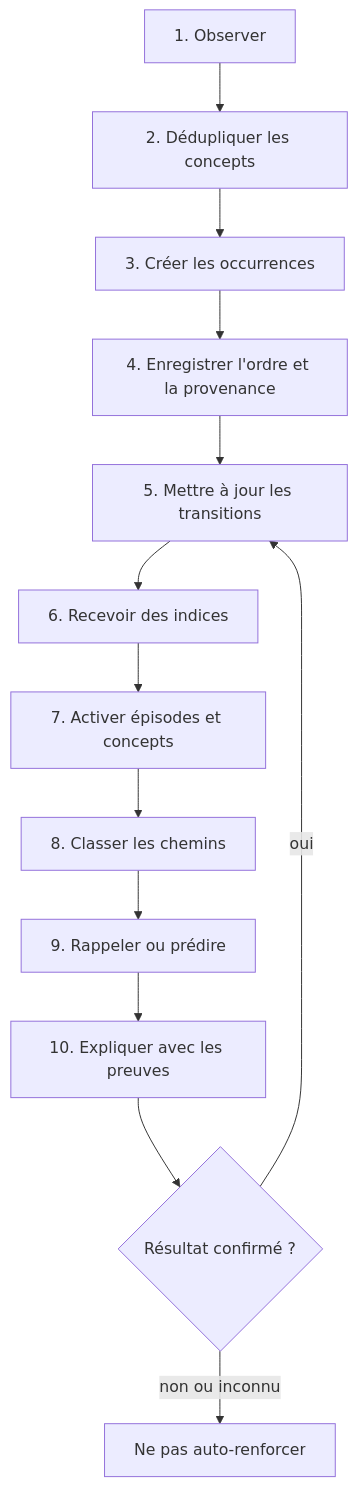
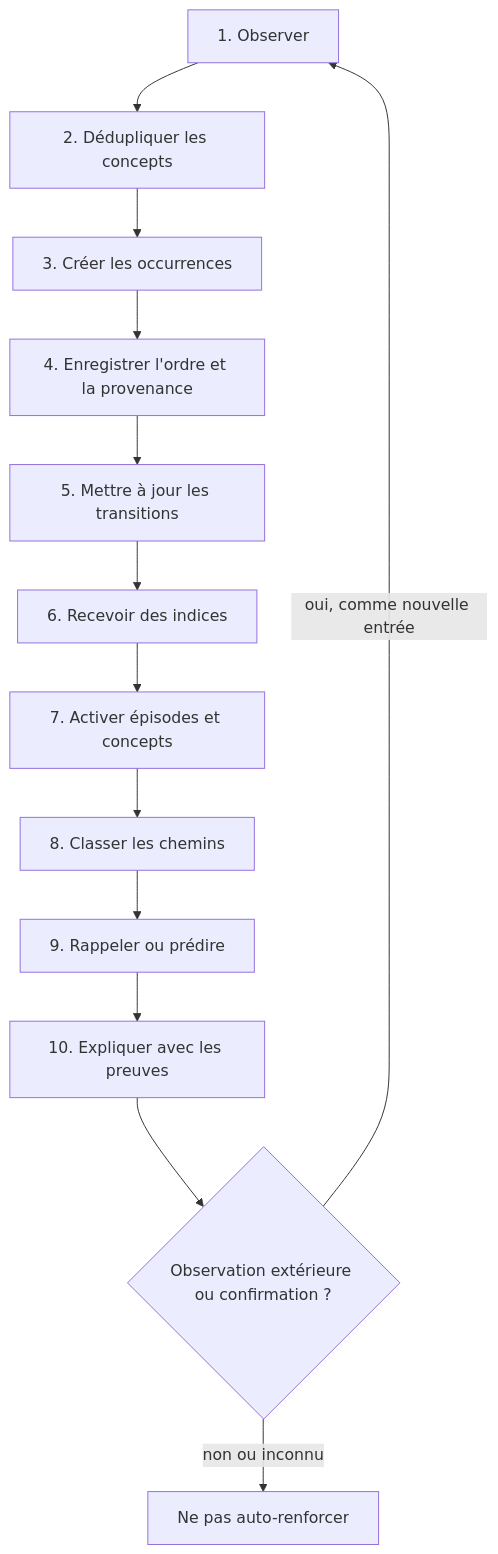
Before and after one commit to sxc3030-eng/memoire-associative-temporelle: the third of 3 diagrams in README.md, drawn with Mermaid. The commit also changed other lines of this file and 15 other files, not shown here.

````diff
--- a/README.md
+++ b/README.md
@@ -218,15 +261,15 @@
 ```mermaid
 flowchart TD
     I["1. Observer"] --> D["2. Dédupliquer les concepts"]
     D --> O["3. Créer les occurrences"]
     O --> T["4. Enregistrer l'ordre et la provenance"]
     T --> U["5. Mettre à jour les transitions"]
     U --> Q["6. Recevoir des indices"]
     Q --> A["7. Activer épisodes et concepts"]
     A --> B["8. Classer les chemins"]
     B --> R["9. Rappeler ou prédire"]
     R --> X["10. Expliquer avec les preuves"]
-    X --> F{"Résultat confirmé ?"}
-    F -->|"oui"| U
+    X --> F{"Observation extérieure ou confirmation ?"}
+    F -->|"oui, comme nouvelle entrée"| I
     F -->|"non ou inconnu"| Z["Ne pas auto-renforcer"]
 ```
````
